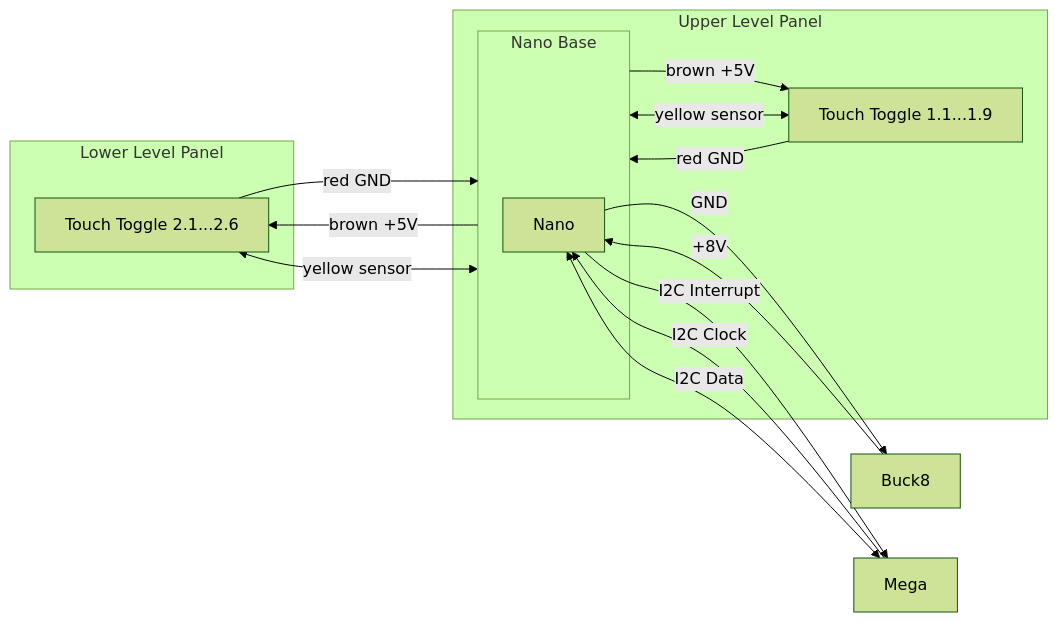
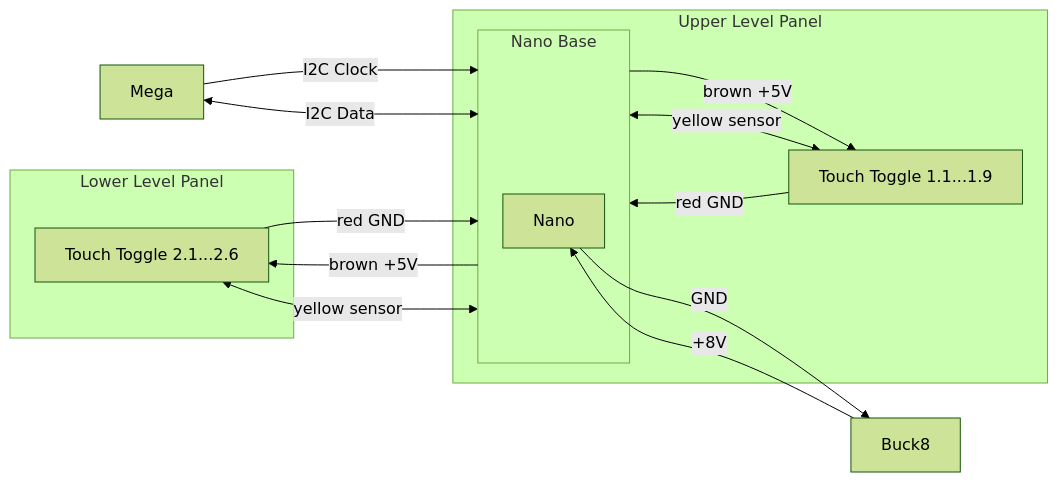
One commit to kmltechio/lumber_district changed the fourth of 4 diagrams in diagrams.md. Above: the diagram before and after it, drawn with Mermaid (forest theme). The commit also changed other lines of this file, not shown here.

````diff
--- a/diagrams.md
+++ b/diagrams.md
@@ -70,19 +70,18 @@
 ```mermaid
 flowchart LR
   subgraph tp1[Lower Level Panel]
     touchLP["Touch Toggle 2.1...2.6"]
     end
   subgraph tp2[Upper Level Panel]
     subgraph base[Nano Base]
       Nano
       end
     touchUP["Touch Toggle 1.1...1.9"]
     end
   Buck8 -->|+8V| Nano -->|GND| Buck8
-  Mega -->|I2C Clock| Nano
-  Mega <-->|I2C Data| Nano
-  Nano -->|I2C Interrupt| Mega
+  Mega -->|I2C Clock| base
+  Mega <-->|I2C Data| base
   base -->|"brown +5V"| touchLP & touchUP -->|"red GND"| base
   base <-->|"yellow sensor"| touchLP & touchUP
 
 ```
````
